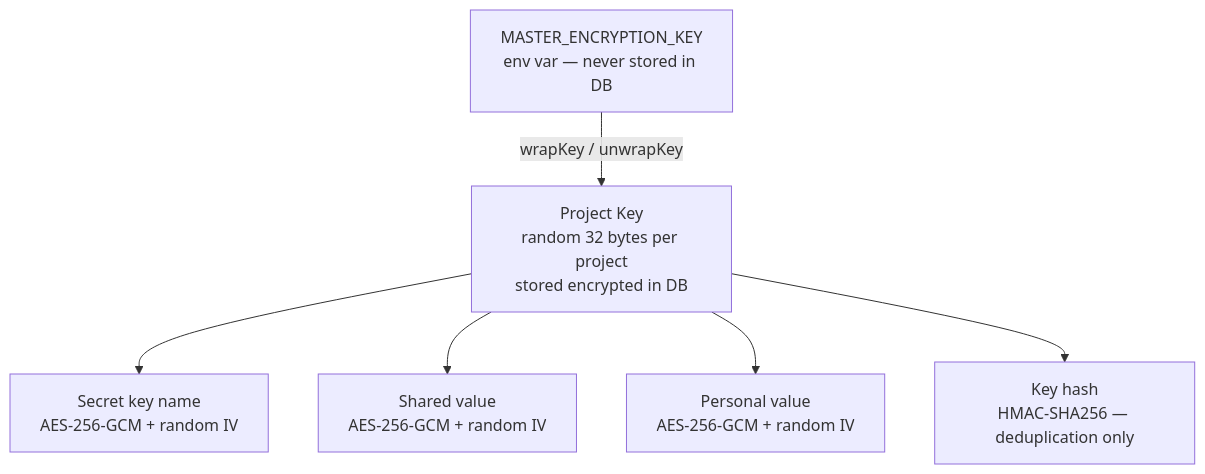
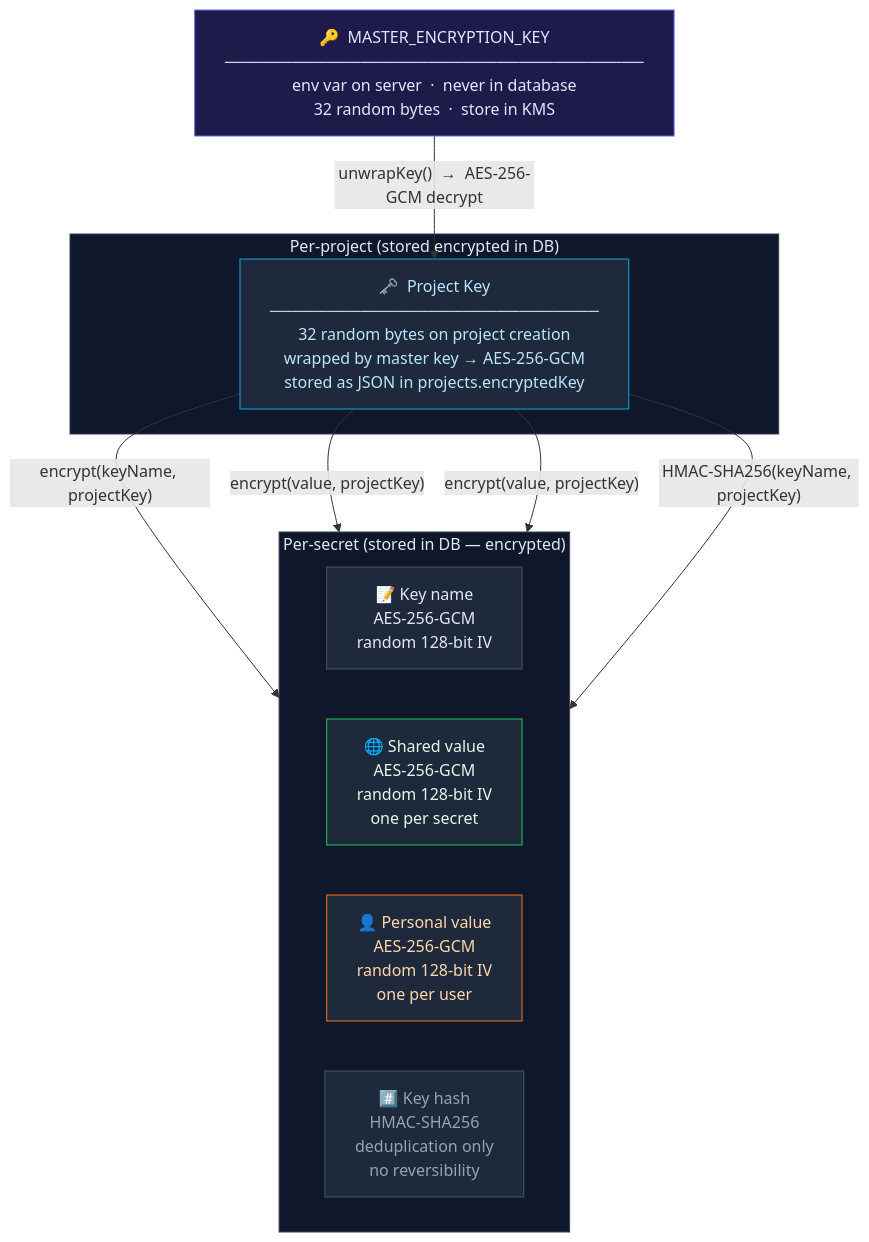
The second of 5 diagrams in README.md (s-pl/envShare), drawn with Mermaid before and after one commit. The commit also changed other lines of this file and 11 other files, not shown here.

````diff
--- a/README.md
+++ b/README.md
@@ -211,15 +78,31 @@
 ```mermaid
-graph TD
-    M["MASTER_ENCRYPTION_KEY\nenv var — never stored in DB"]
-    P["Project Key\nrandom 32 bytes per project\nstored encrypted in DB"]
-    SK["Secret key name\nAES-256-GCM + random IV"]
-    SV["Shared value\nAES-256-GCM + random IV"]
-    PV["Personal value\nAES-256-GCM + random IV"]
-    KH["Key hash\nHMAC-SHA256 — deduplication only"]
+flowchart TD
+    MK["🔑  MASTER_ENCRYPTION_KEY\n─────────────────────────────────────\nenv var on server  ·  never in database\n32 random bytes  ·  store in KMS"]
 
-    M -->|"wrapKey / unwrapKey"| P
-    P --> SK
-    P --> SV
-    P --> PV
-    P --> KH
+    subgraph proj["Per-project  (stored encrypted in DB)"]
+        PK["🗝️  Project Key\n─────────────────────────────\n32 random bytes on project creation\nwrapped by master key → AES-256-GCM\nstored as JSON in projects.encryptedKey"]
+    end
+
+    subgraph secrets["Per-secret  (stored in DB — encrypted)"]
+        direction LR
+        KN["📝  Key name\nAES-256-GCM\nrandom 128-bit IV"]
+        SV["🌐  Shared value\nAES-256-GCM\nrandom 128-bit IV\none per secret"]
+        PV["👤  Personal value\nAES-256-GCM\nrandom 128-bit IV\none per user"]
+        KH["#️⃣  Key hash\nHMAC-SHA256\ndeduplication only\nno reversibility"]
+    end
+
+    MK -->|"unwrapKey()  →  AES-256-GCM decrypt"| PK
+    PK -->|"encrypt(keyName, projectKey)"| KN
+    PK -->|"encrypt(value, projectKey)"| SV
+    PK -->|"encrypt(value, projectKey)"| PV
+    PK -->|"HMAC-SHA256(keyName, projectKey)"| KH
+
+    style MK fill:#1e1b4b,stroke:#6366f1,color:#e0e7ff
+    style PK fill:#1e293b,stroke:#0ea5e9,color:#bae6fd
+    style KN fill:#1e293b,stroke:#475569,color:#e2e8f0
+    style SV fill:#1e293b,stroke:#22c55e,color:#dcfce7
+    style PV fill:#1e293b,stroke:#f97316,color:#fed7aa
+    style KH fill:#1e293b,stroke:#475569,color:#94a3b8
+    style proj fill:#0f172a,stroke:#334155,color:#e2e8f0
+    style secrets fill:#0f172a,stroke:#334155,color:#e2e8f0
 ```
````
